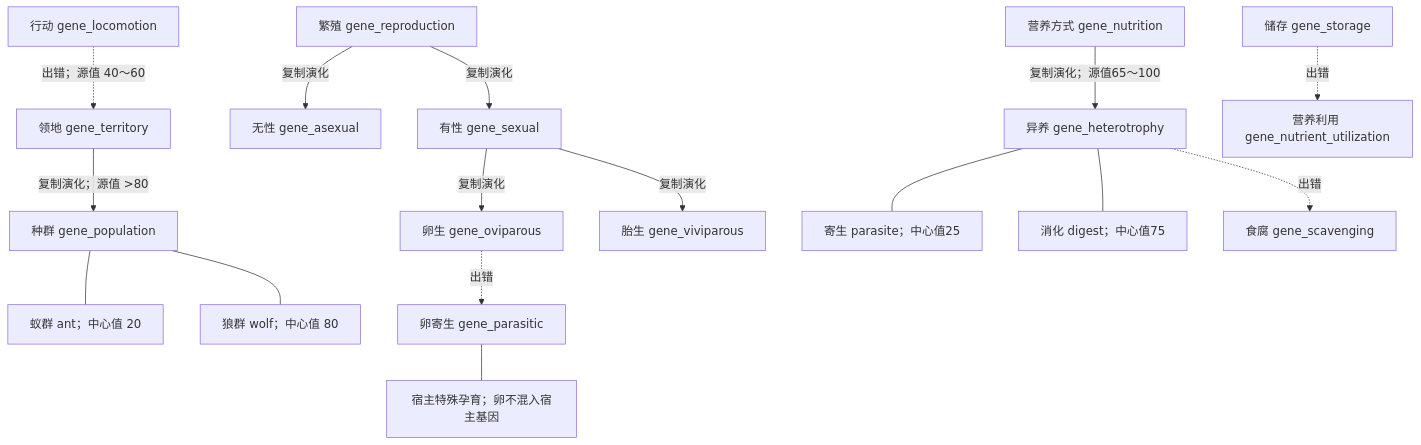
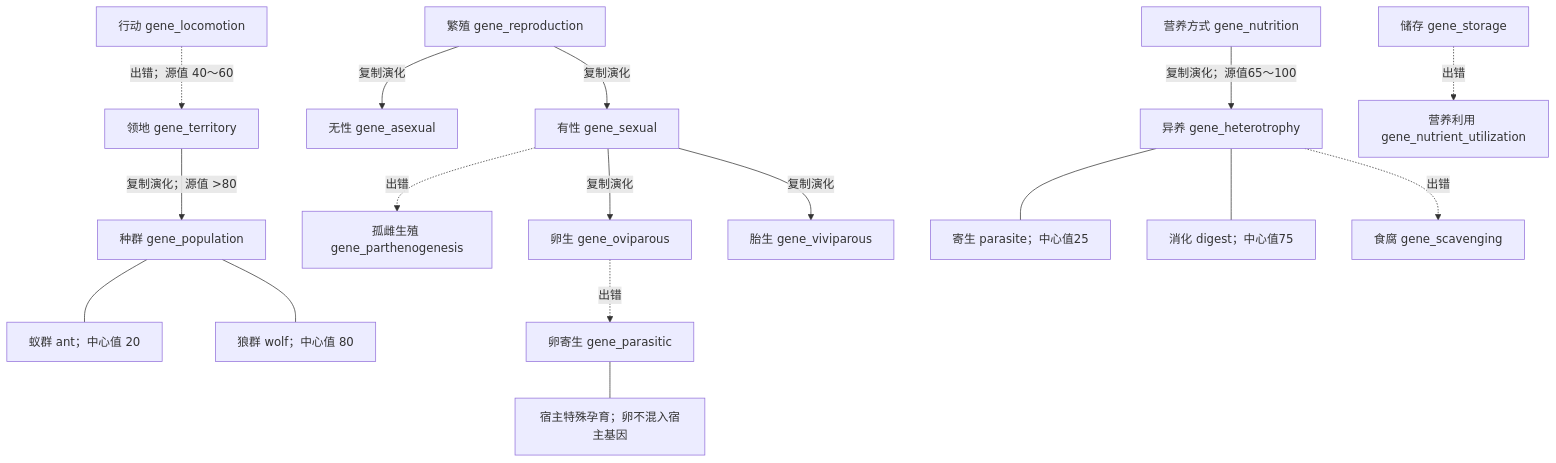
Before and after one commit to xhs6666/Darwin_paradise: the diagram in Docs/开发设计/Genetics_Tree.md, drawn with Mermaid. The commit also changed other lines of this file and 30 other files, not shown here.

````diff
--- a/Docs/开发设计/Genetics_Tree.md
+++ b/Docs/开发设计/Genetics_Tree.md
@@ -24,18 +25,19 @@
 ```mermaid
 flowchart TD
     L[行动 gene_locomotion] -. "出错；源值 40～60" .-> T[领地 gene_territory]
     T -->|"复制演化；源值 >80"| P[种群 gene_population]
     P --- A[蚁群 ant；中心值 20]
     P --- W[狼群 wolf；中心值 80]
     R[繁殖 gene_reproduction] -->|复制演化| AS[无性 gene_asexual]
     R -->|复制演化| S[有性 gene_sexual]
+    S -. 出错 .-> PA[孤雌生殖 gene_parthenogenesis]
     S -->|复制演化| O[卵生 gene_oviparous]
     S -->|复制演化| V[胎生 gene_viviparous]
     O -. 出错 .-> PS[卵寄生 gene_parasitic]
     PS --- E[宿主特殊孕育；卵不混入宿主基因]
     N[营养方式 gene_nutrition] -->|复制演化；源值65～100| H[异养 gene_heterotrophy]
     H --- HP[寄生 parasite；中心值25]
     H --- HD[消化 digest；中心值75]
     H -. 出错 .-> SC[食腐 gene_scavenging]
     ST[储存 gene_storage] -. 出错 .-> NU[营养利用 gene_nutrient_utilization]
 ```
````
